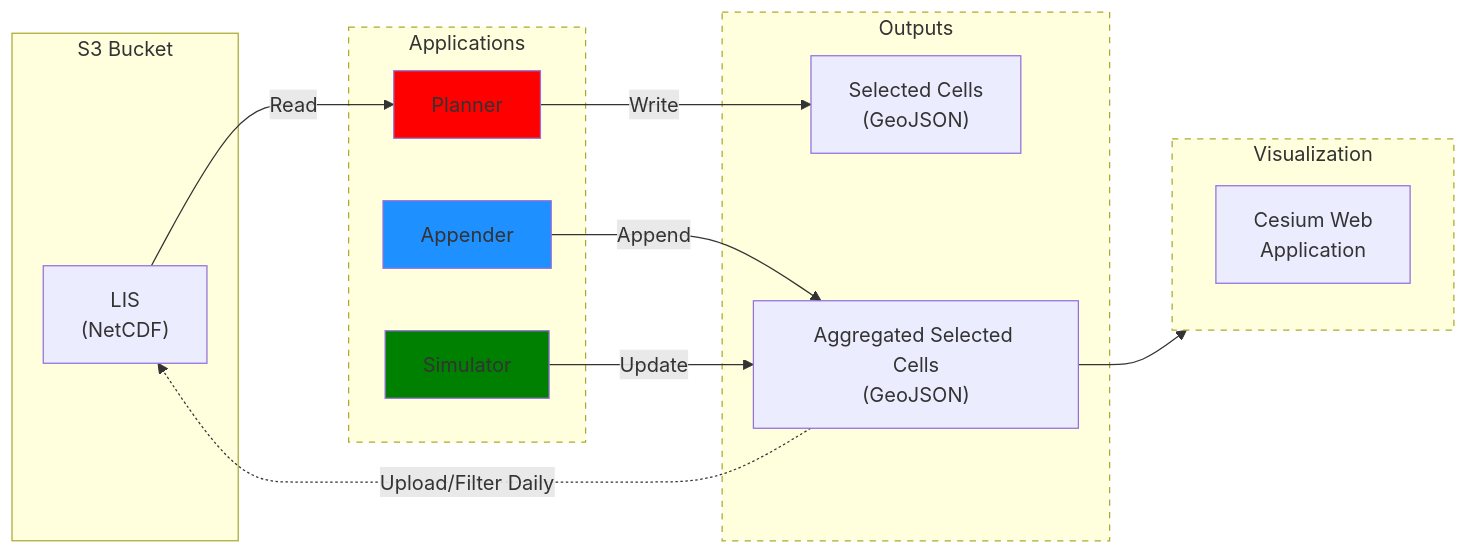
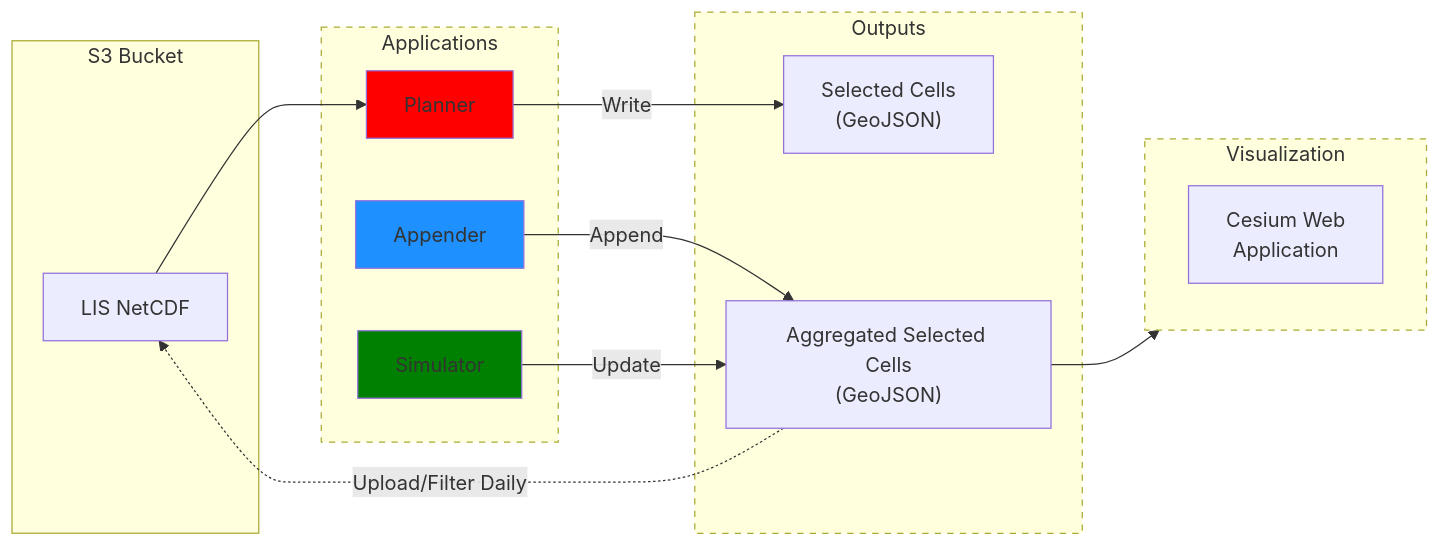
The first of 2 diagrams in README.md (code-lab-org/sos), drawn with Mermaid before and after one commit. The commit also changed other lines of this file, not shown here.

Commit message:
add figure

````diff
--- a/README.md
+++ b/README.md
@@ -55,38 +55,39 @@
 ```mermaid
-graph LR
+flowchart LR
+
     subgraph cluster0["S3 Bucket"]
-        lis["LIS<br/>(NetCDF)"]
+        lis["LIS NetCDF"]
     end
 
     subgraph cluster1["Applications"]
         style cluster1 stroke-dasharray: 5 5
         planner["Planner"]
         style planner fill:red
         appender["Appender"]
         style appender fill:dodgerblue
         simulator["Simulator"]
         style simulator fill:green
     end
 
     subgraph cluster2["Outputs"]
         style cluster2 stroke-dasharray: 5 5
         sc_geojson["Selected Cells<br/>(GeoJSON)"]
         ag_geojson["Aggregated Selected Cells<br/>(GeoJSON)"]
     end
 
     subgraph cluster3["Visualization"]
         style cluster3 stroke-dasharray: 5 5
         cesium["Cesium Web<br/>Application"]
     end
 
-    lis -->|Read| planner
+    lis --> planner
     lis ~~~ appender
     lis ~~~ simulator
     planner -->|Write| sc_geojson
     appender -->|Append| ag_geojson
     simulator -->|Update| ag_geojson
 
     sc_geojson~~~cluster3
     ag_geojson --> cluster3
     ag_geojson -.->|Upload/Filter Daily| lis
 ```
````
